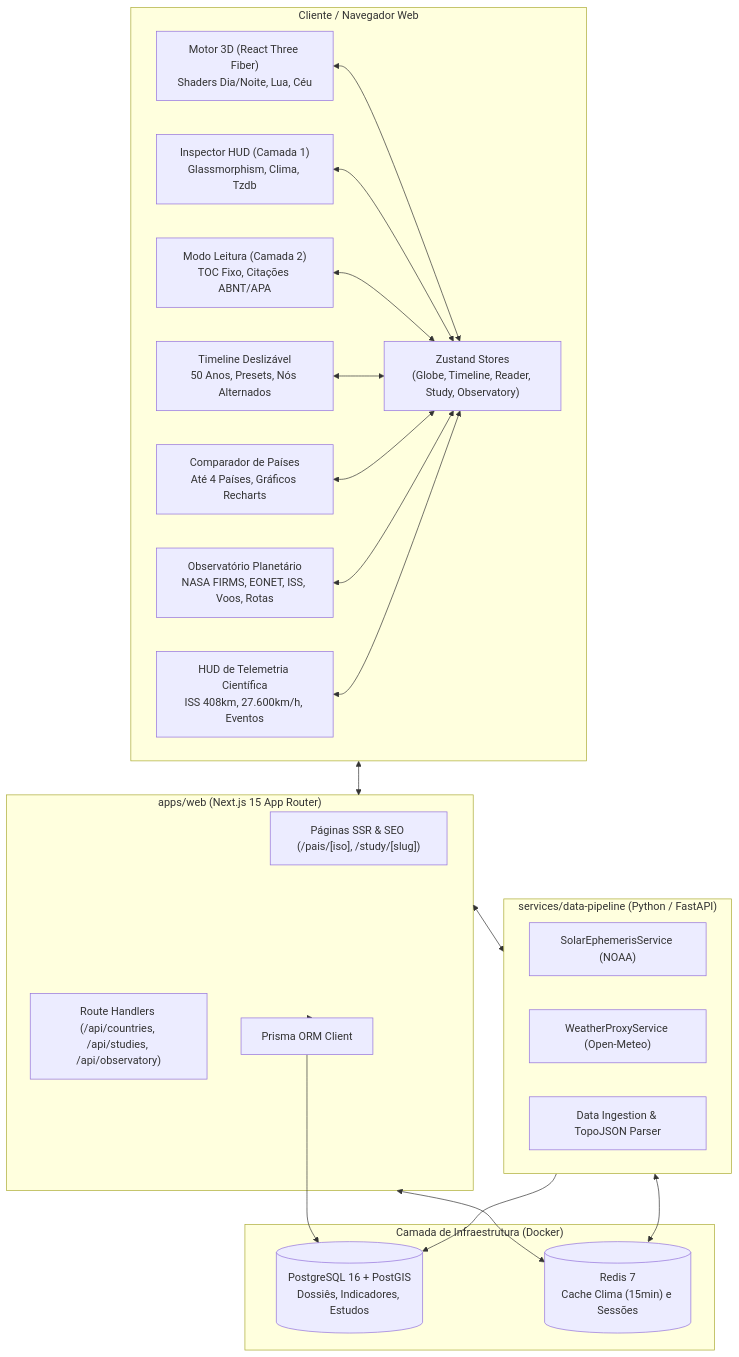
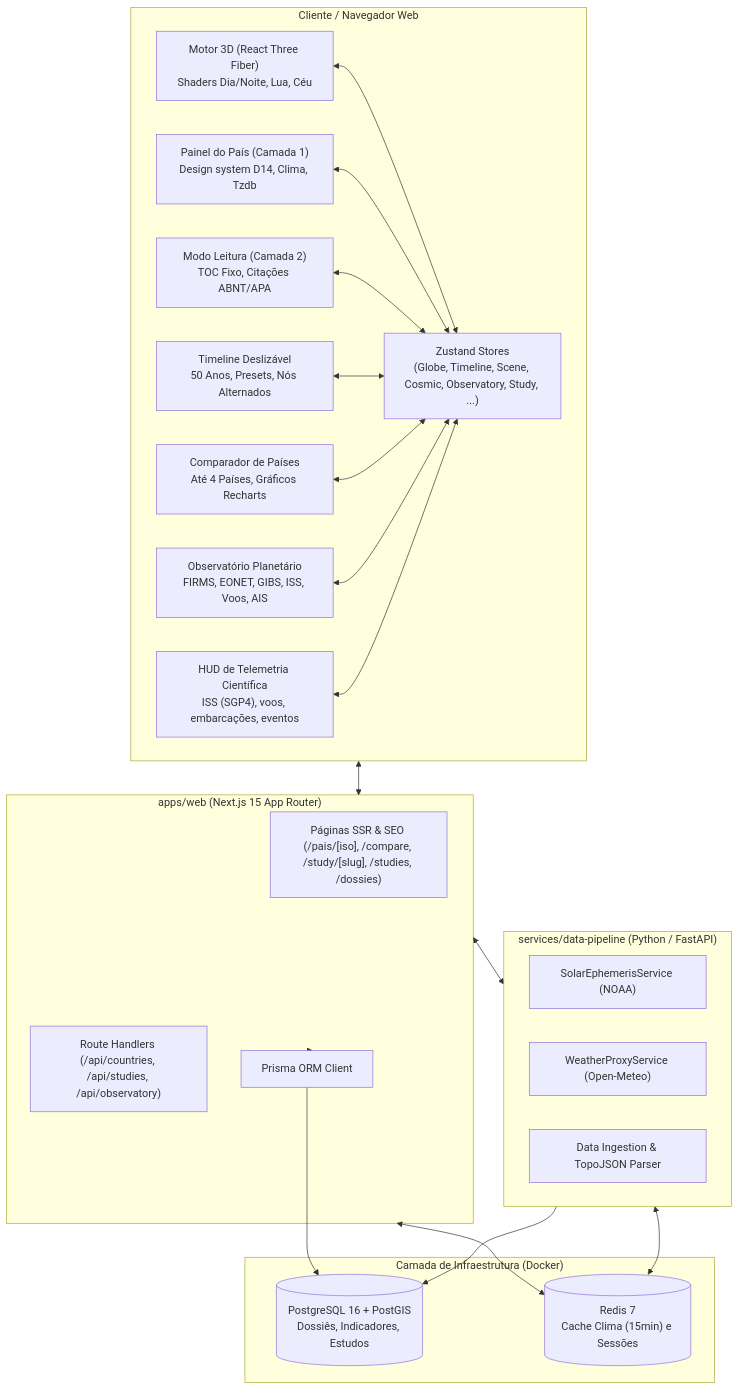
One commit to AyrtonLoks/telluspedia changed the first of 2 diagrams in docs/ARCHITECTURE.md. Above: the diagram before and after it, drawn with Mermaid. The commit also changed other lines of this file and 5 other files, not shown here.

First line of the commit message:
docs: ROADMAP, ARCHITECTURE, DATA_SOURCES e README alinhados ao código (T37)

````diff
--- a/docs/ARCHITECTURE.md
+++ b/docs/ARCHITECTURE.md
@@ -11,45 +11,45 @@
 ```mermaid
 flowchart TD
     subgraph Client["Cliente / Navegador Web"]
         R3F["Motor 3D (React Three Fiber)\nShaders Dia/Noite, Lua, Céu"]
-        HUD["Inspector HUD (Camada 1)\nGlassmorphism, Clima, Tzdb"]
+        HUD["Painel do País (Camada 1)\nDesign system D14, Clima, Tzdb"]
         Reader["Modo Leitura (Camada 2)\nTOC Fixo, Citações ABNT/APA"]
         Timeline["Timeline Deslizável\n50 Anos, Presets, Nós Alternados"]
         Compare["Comparador de Países\nAté 4 Países, Gráficos Recharts"]
-        ObsPanel["Observatório Planetário\nNASA FIRMS, EONET, ISS, Voos, Rotas"]
-        TelemetryHUD["HUD de Telemetria Científica\nISS 408km, 27.600km/h, Eventos"]
-        Zustand["Zustand Stores\n(Globe, Timeline, Reader, Study, Observatory)"]
+        ObsPanel["Observatório Planetário\nFIRMS, EONET, GIBS, ISS, Voos, AIS"]
+        TelemetryHUD["HUD de Telemetria Científica\nISS (SGP4), voos, embarcações, eventos"]
+        Zustand["Zustand Stores\n(Globe, Timeline, Scene, Cosmic, Observatory, Study, ...)"]
 
         R3F <--> Zustand
         HUD <--> Zustand
         Reader <--> Zustand
         Timeline <--> Zustand
         Compare <--> Zustand
         ObsPanel <--> Zustand
         TelemetryHUD <--> Zustand
     end
 
     subgraph WebServer["apps/web (Next.js 15 App Router)"]
-        Pages["Páginas SSR & SEO (/pais/[iso], /study/[slug])"]
+        Pages["Páginas SSR & SEO (/pais/[iso], /compare, /study/[slug], /studies, /dossies)"]
         RouteHandlers["Route Handlers (/api/countries, /api/studies, /api/observatory)"]
         PrismaClient["Prisma ORM Client"]
     end
 
     subgraph Microservice["services/data-pipeline (Python / FastAPI)"]
         SolarService["SolarEphemerisService (NOAA)"]
         WeatherProxy["WeatherProxyService (Open-Meteo)"]
         IngestionJobs["Data Ingestion & TopoJSON Parser"]
     end
 
     subgraph Storage["Camada de Infraestrutura (Docker)"]
         PG[("PostgreSQL 16 + PostGIS\nDossiês, Indicadores, Estudos")]
         RedisDB[("Redis 7\nCache Clima (15min) e Sessões")]
     end
 
     Client <--> WebServer
     WebServer --> PrismaClient --> PG
     WebServer <--> RedisDB
     WebServer <--> Microservice
     Microservice --> PG
     Microservice <--> RedisDB
 ```
````
